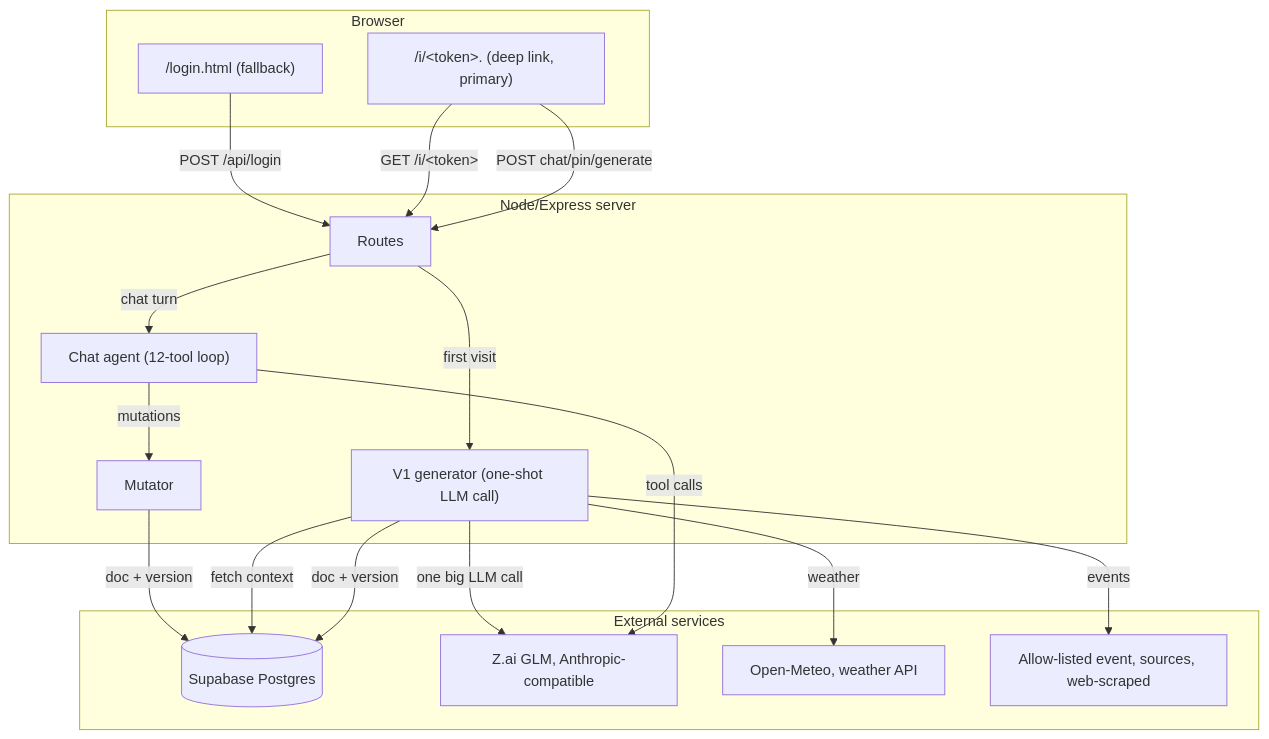
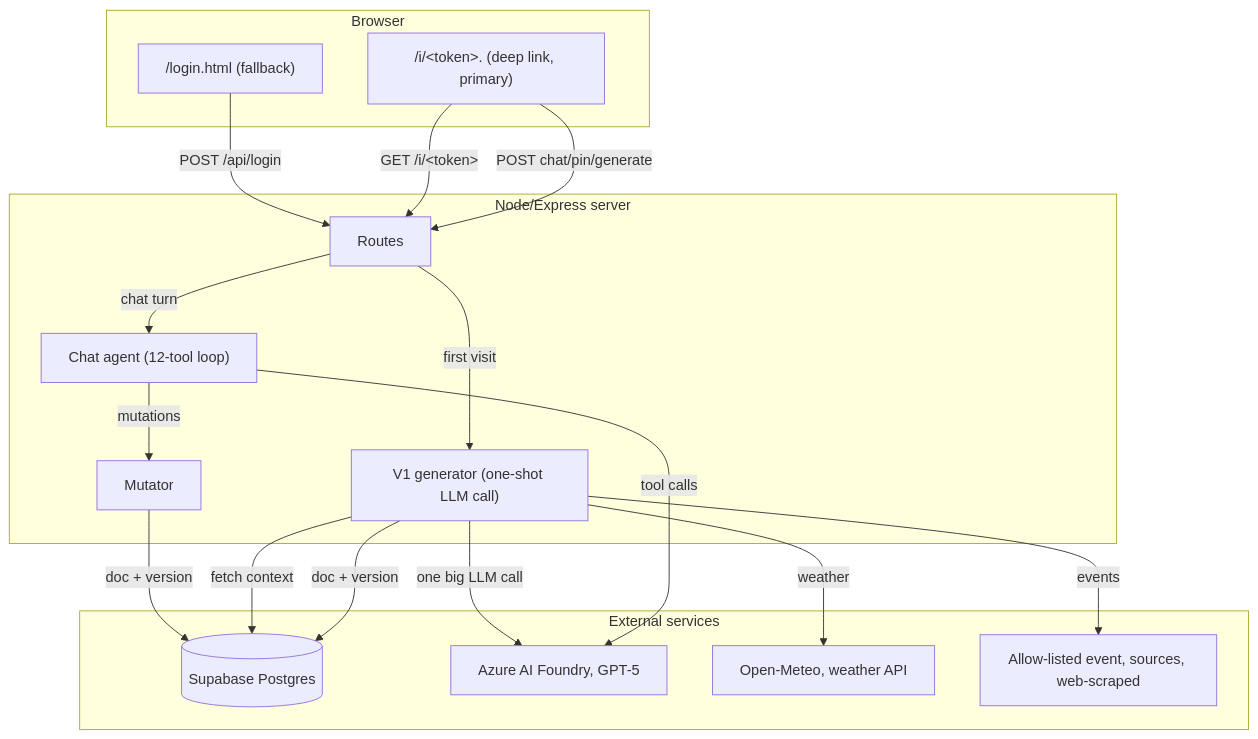
Before and after one commit to samhud1999/leisure-concierge: the second of 9 diagrams in docs/PoC-Overview-for-Confluence.md, drawn with Mermaid. The commit also changed other lines of this file and 20 other files, not shown here.

````diff
--- a/docs/PoC-Overview-for-Confluence.md
+++ b/docs/PoC-Overview-for-Confluence.md
@@ -109,35 +109,35 @@
 ```mermaid
 graph TB
   subgraph Browser
     L["/login.html (fallback)"]
     I["/i/&lt;token&gt. (deep link, primary)"]
   end
 
   subgraph "Node/Express server"
     R[Routes]
     G["V1 generator (one-shot LLM call)"]
     A["Chat agent (12-tool loop)"]
     M[Mutator]
   end
 
   subgraph "External services"
     S[(Supabase Postgres)]
-    Z[Z.ai GLM, Anthropic-compatible]
+    Z[Azure AI Foundry, GPT-5]
     O[Open-Meteo, weather API]
     E[Allow-listed event, sources, web-scraped]
   end
 
   L -- "POST /api/login" --> R
   I -- "GET /i/&lt;token&gt;" --> R
   I -- "POST chat/pin/generate" --> R
   R -- "first visit" --> G
   R -- "chat turn" --> A
   G -- "one big LLM call" --> Z
   A -- "tool calls" --> Z
   A -- "mutations" --> M
   M -- "doc + version" --> S
   G -- "fetch context" --> S
   G -- "weather" --> O
   G -- "events" --> E
   G -- "doc + version" --> S
 ```
````
